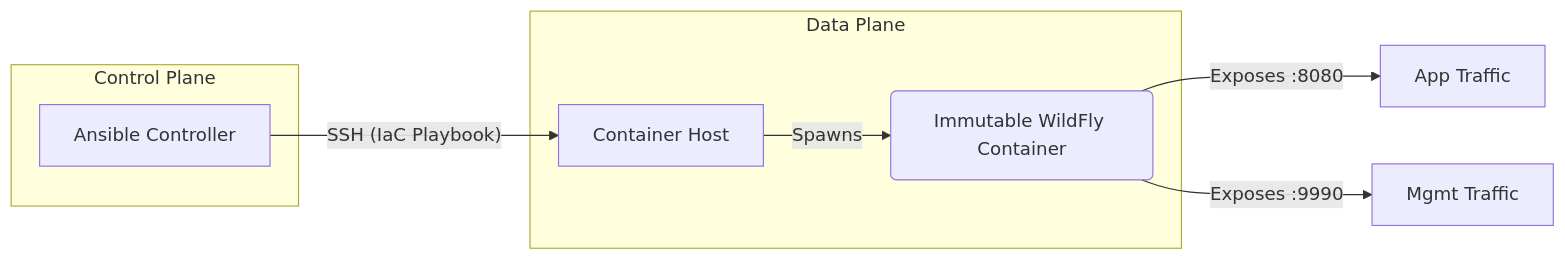
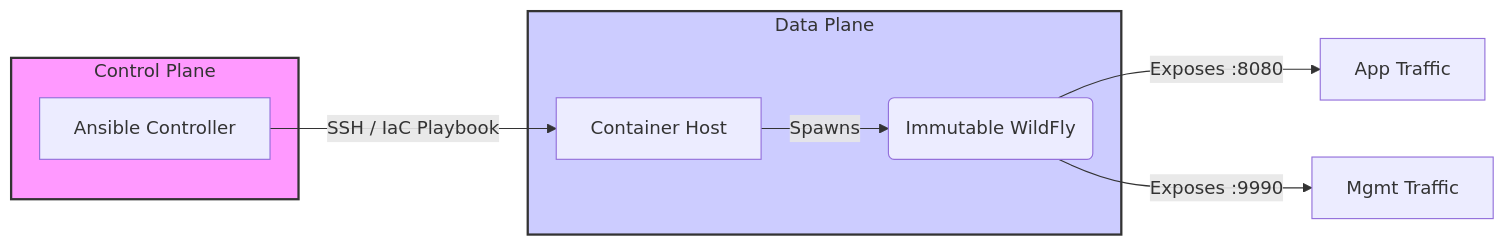
The diagram in src/content/docs/en/projects/middleware/wildfly-ansible-docker.mdx (daniel-zamo/daniel-zamo.github.io), drawn with Mermaid before and after one commit. The commit also changed other lines of this file and 3 other files, not shown here.

````diff
--- a/src/content/docs/en/projects/middleware/wildfly-ansible-docker.mdx
+++ b/src/content/docs/en/projects/middleware/wildfly-ansible-docker.mdx
@@ -31,16 +31,19 @@
 ```mermaid
 graph LR
-    subgraph Control Plane
-    A[Ansible Controller] 
+    subgraph Control_Plane [Control Plane]
+        A[Ansible Controller]
     end
     
-    subgraph Data Plane
-    B[Container Host]
-    C(Immutable WildFly Container)
+    subgraph Data_Plane [Data Plane]
+        B[Container Host]
+        C(Immutable WildFly)
     end
 
-    A -- "SSH (IaC Playbook)" --> B
-    B -- "Spawns" --> C
-    C -- "Exposes :8080" --> D[App Traffic]
-    C -- "Exposes :9990" --> E[Mgmt Traffic]
+    A -- SSH / IaC Playbook --> B
+    B -- Spawns --> C
+    C -- Exposes :8080 --> D[App Traffic]
+    C -- Exposes :9990 --> E[Mgmt Traffic]
+    
+    style Control_Plane fill:#f9f,stroke:#333,stroke-width:2px
+    style Data_Plane fill:#ccf,stroke:#333,stroke-width:2px
 ```
````
